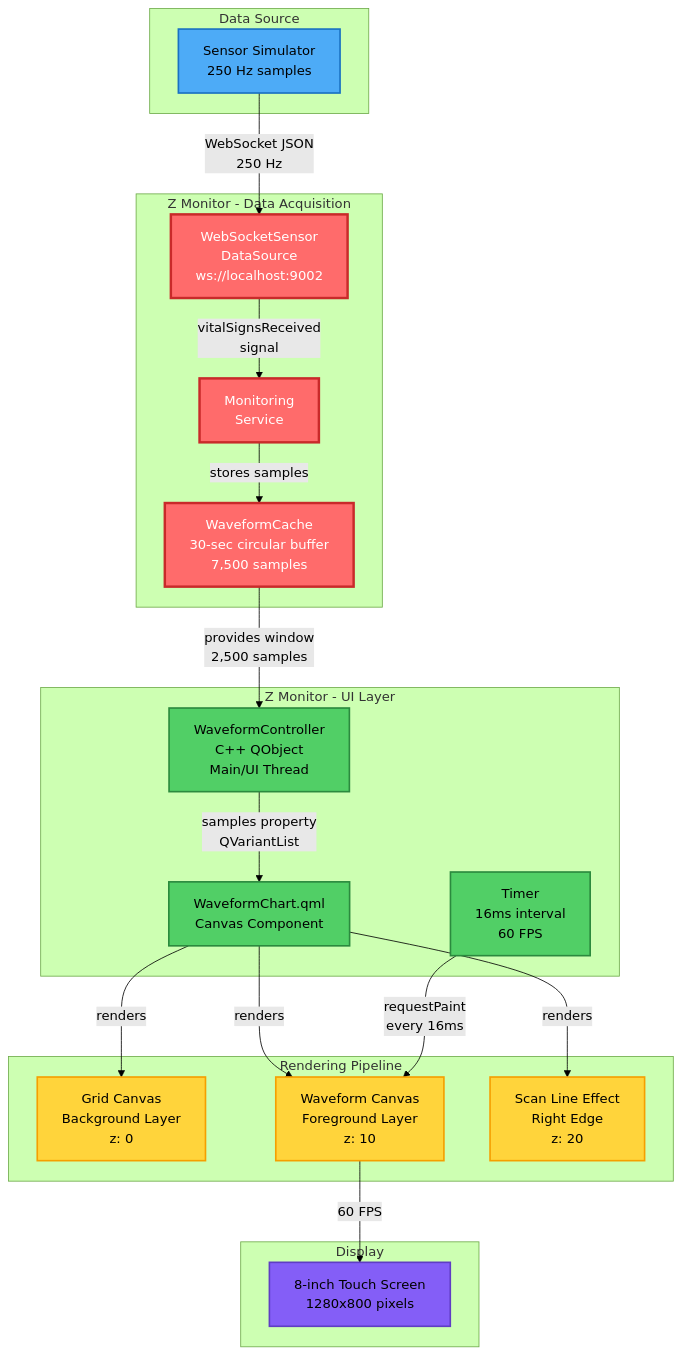
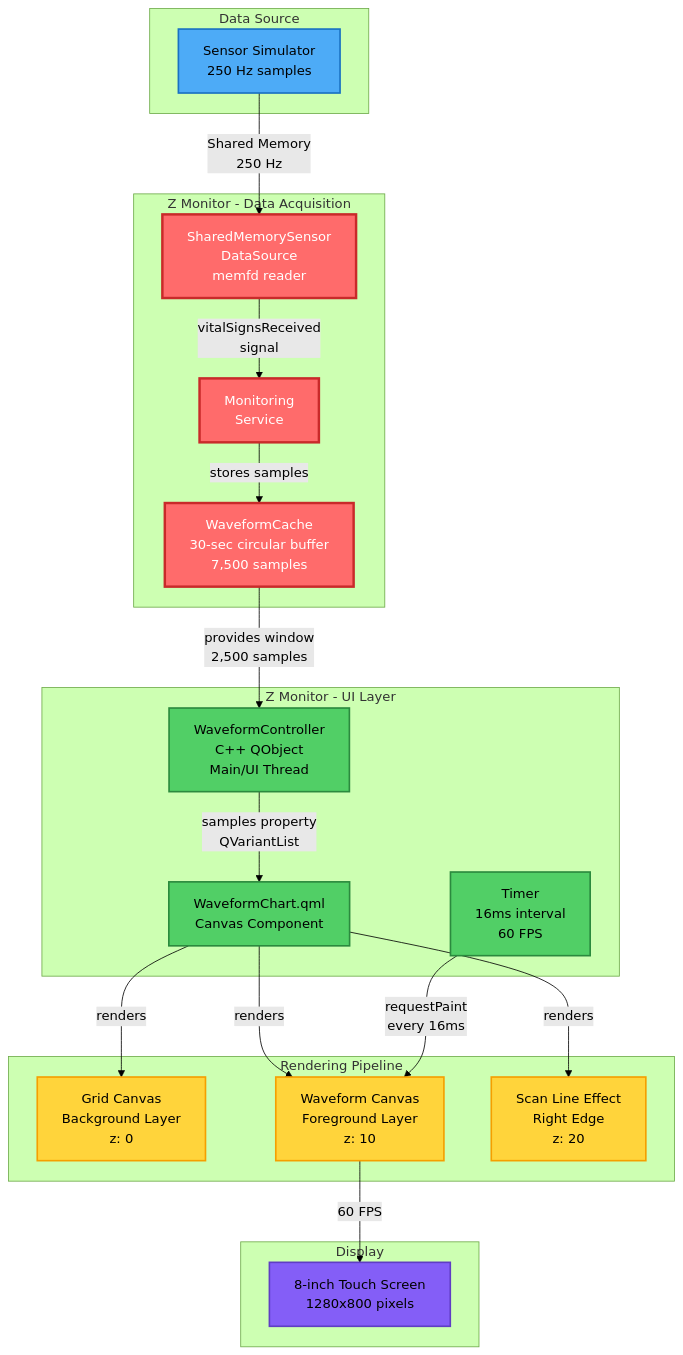
The diagram in project-dashboard/doc/z-monitor/architecture_and_design/41_WAVEFORM_DISPLAY.mmd (ngdzu/qtapp), drawn with Mermaid (forest theme) before and after one commit. The commit also changed 28 other files, not shown here.

Commit message:
Adjust requirement for the sensor data rate

```diff
--- a/project-dashboard/doc/z-monitor/architecture_and_design/41_WAVEFORM_DISPLAY.mmd
+++ b/project-dashboard/doc/z-monitor/architecture_and_design/41_WAVEFORM_DISPLAY.mmd
@@ -1,57 +1,57 @@
 graph TB
     subgraph "Data Source"
         SensorSimulator[Sensor Simulator<br/>250 Hz samples]
     end
 
     subgraph "Z Monitor - Data Acquisition"
-        WebSocketSensorDataSource[WebSocketSensor<br/>DataSource<br/>ws://localhost:9002]
+        SharedMemorySensorDataSource[SharedMemorySensor<br/>DataSource<br/>memfd reader]
         MonitoringService[Monitoring<br/>Service]
         WaveformCache[WaveformCache<br/>30-sec circular buffer<br/>7,500 samples]
     end
 
     subgraph "Z Monitor - UI Layer"
         WaveformController[WaveformController<br/>C++ QObject<br/>Main/UI Thread]
         WaveformChart[WaveformChart.qml<br/>Canvas Component]
         RefreshTimer[Timer<br/>16ms interval<br/>60 FPS]
     end
 
     subgraph "Rendering Pipeline"
         GridCanvas[Grid Canvas<br/>Background Layer<br/>z: 0]
         WaveformCanvas[Waveform Canvas<br/>Foreground Layer<br/>z: 10]
         ScanLine[Scan Line Effect<br/>Right Edge<br/>z: 20]
     end
 
     subgraph "Display"
         Screen[8-inch Touch Screen<br/>1280x800 pixels]
     end
 
     %% Data Flow
-    SensorSimulator -->|WebSocket JSON<br/>250 Hz| WebSocketSensorDataSource
-    WebSocketSensorDataSource -->|vitalSignsReceived<br/>signal| MonitoringService
+    SensorSimulator -->|Shared Memory<br/>250 Hz| SharedMemorySensorDataSource
+    SharedMemorySensorDataSource -->|vitalSignsReceived<br/>signal| MonitoringService
     MonitoringService -->|stores samples| WaveformCache
     
     %% UI Update
     WaveformCache -->|provides window<br/>2,500 samples| WaveformController
     WaveformController -->|samples property<br/>QVariantList| WaveformChart
     
     %% Rendering
     WaveformChart -->|renders| GridCanvas
     WaveformChart -->|renders| WaveformCanvas
     WaveformChart -->|renders| ScanLine
     
     %% Refresh Loop
     RefreshTimer -->|requestPaint<br/>every 16ms| WaveformCanvas
     WaveformCanvas -->|60 FPS| Screen
     
     %% Styling
     classDef dataSource fill:#4dabf7,stroke:#1971c2,stroke-width:2px
     classDef critical fill:#ff6b6b,stroke:#c92a2a,stroke-width:3px,color:#fff
     classDef ui fill:#51cf66,stroke:#2b8a3e,stroke-width:2px
     classDef rendering fill:#ffd43b,stroke:#f59f00,stroke-width:2px
     classDef display fill:#845ef7,stroke:#5f3dc4,stroke-width:2px
     
     class SensorSimulator dataSource
-    class WebSocketSensorDataSource,MonitoringService,WaveformCache critical
+    class SharedMemorySensorDataSource,MonitoringService,WaveformCache critical
     class WaveformController,WaveformChart,RefreshTimer ui
     class GridCanvas,WaveformCanvas,ScanLine rendering
     class Screen display
```
